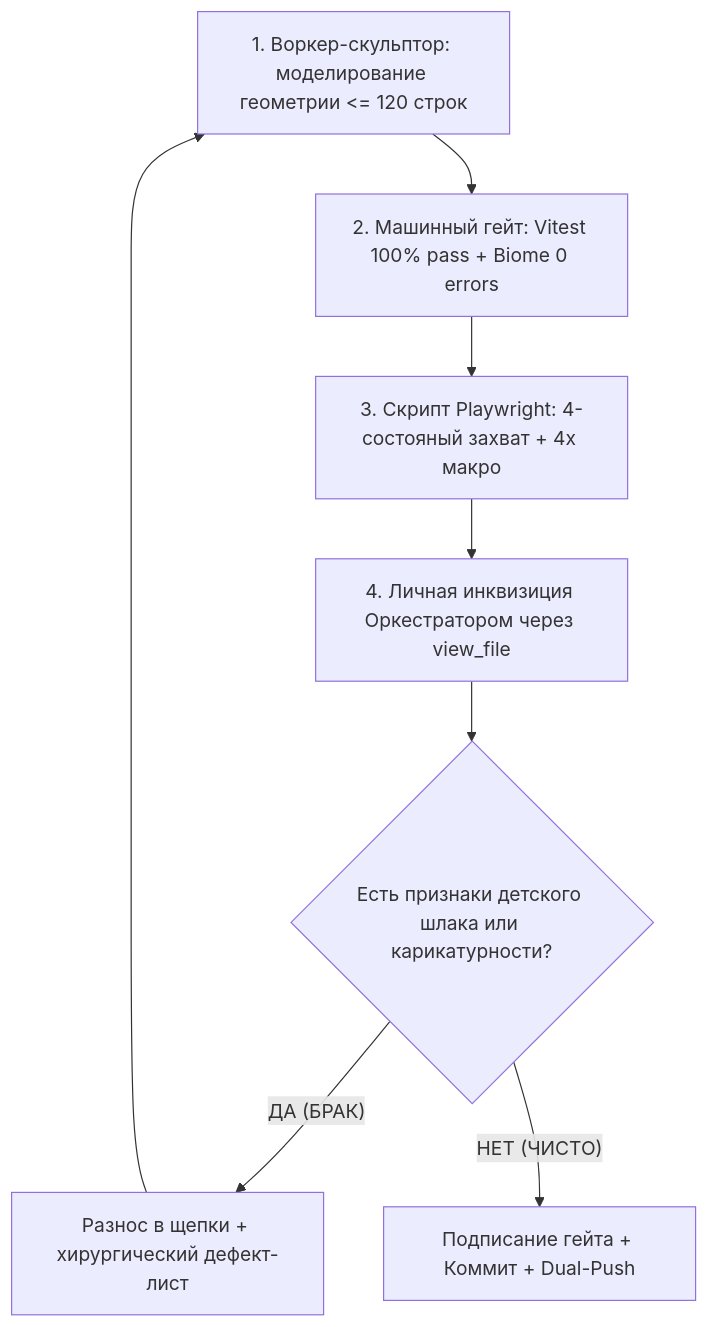
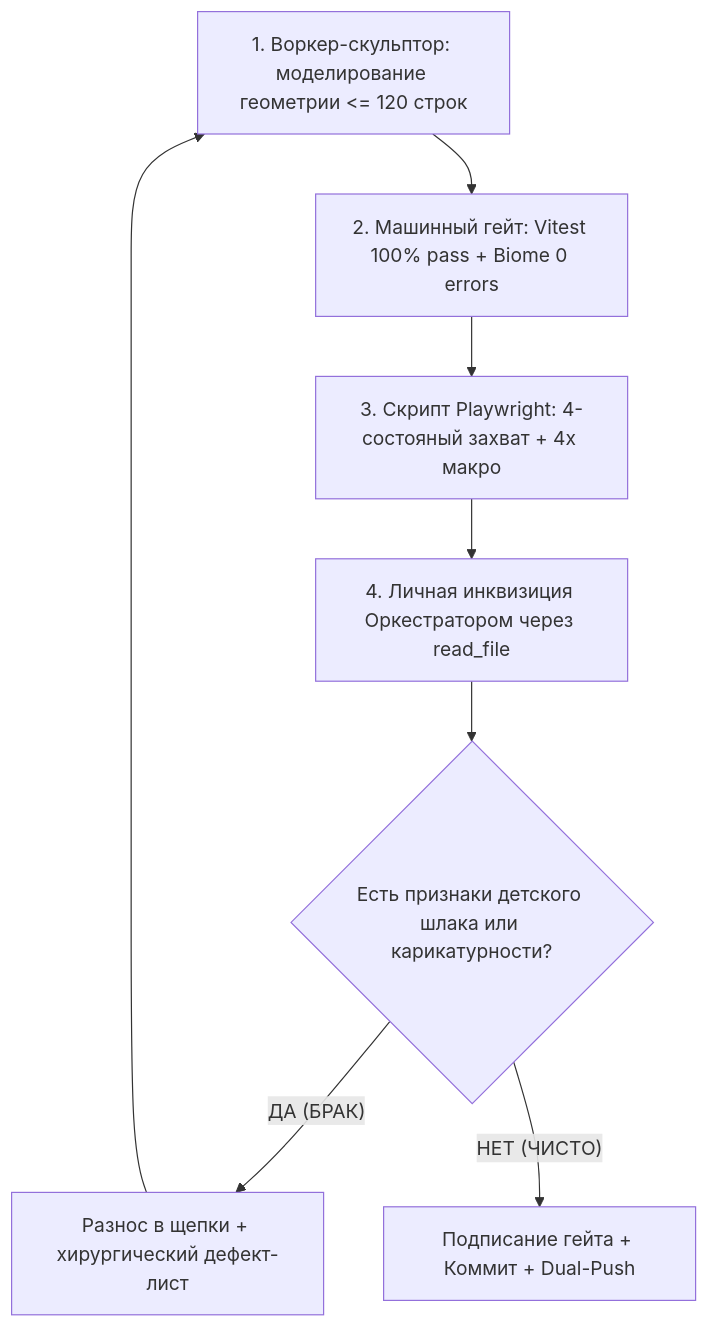
The diagram in .agents/ODONTOGRAM_CLINICAL_ARTISTRY_BIBLE.md (marko1olo/dental-crm), drawn with Mermaid before and after one commit. The commit also changed other lines of this file and 6 other files, not shown here.

````diff
--- a/.agents/ODONTOGRAM_CLINICAL_ARTISTRY_BIBLE.md
+++ b/.agents/ODONTOGRAM_CLINICAL_ARTISTRY_BIBLE.md
@@ -264,10 +264,10 @@
 ```mermaid
 flowchart TD
     Step1["1. Воркер-скульптор: моделирование геометрии <= 120 строк"] --> Step2["2. Машинный гейт: Vitest 100% pass + Biome 0 errors"]
     Step2 --> Step3["3. Скрипт Playwright: 4-состояный захват + 4x макро"]
-    Step3 --> Step4["4. Личная инквизиция Оркестратором через view_file"]
+    Step3 --> Step4["4. Личная инквизиция Оркестратором через read_file"]
     Step4 --> Check{"Есть признаки детского шлака или карикатурности?"}
     Check -- "ДА (БРАК)" --> Step5["Разнос в щепки + хирургический дефект-лист"]
     Step5 --> Step1
     Check -- "НЕТ (ЧИСТО)" --> Step6["Подписание гейта + Коммит + Dual-Push"]
 ```
````
